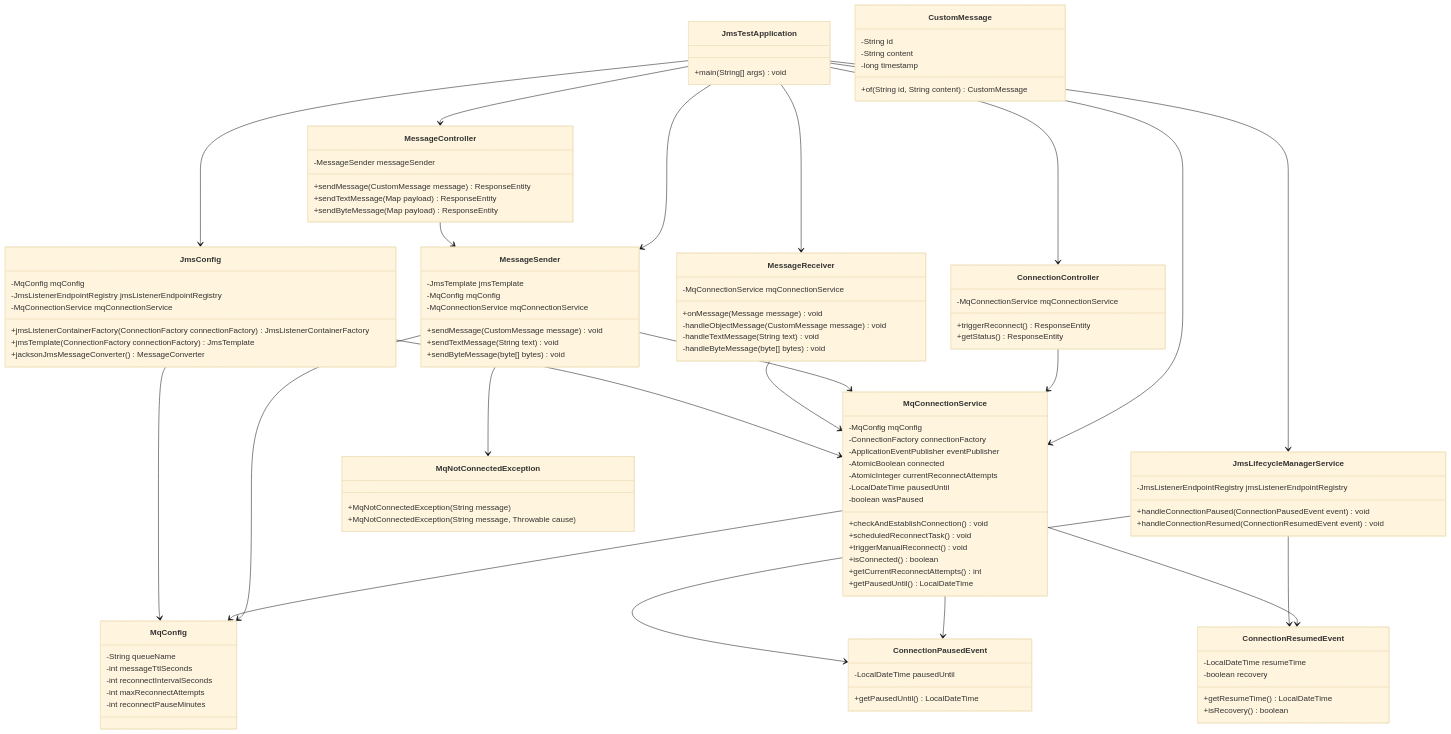
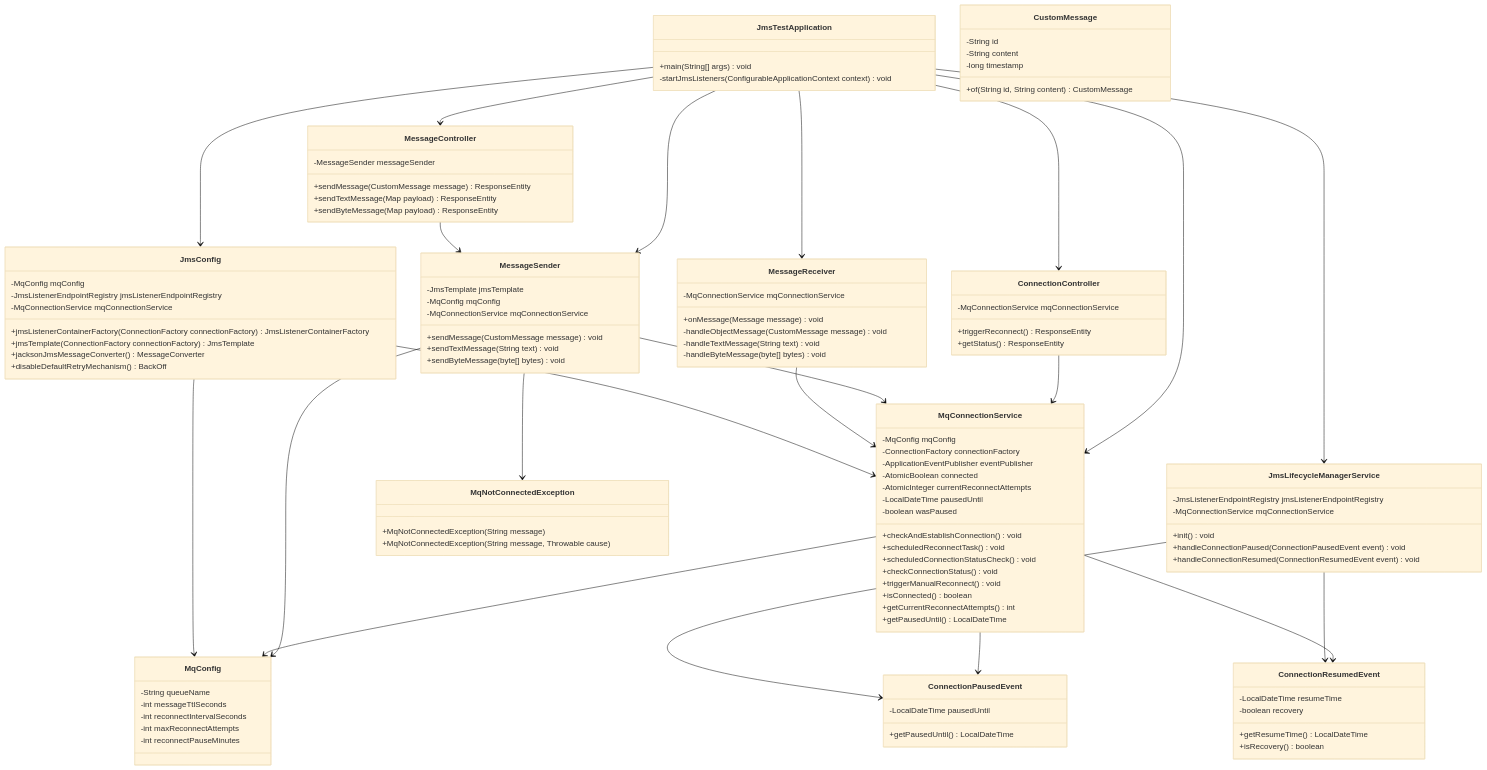
The fourth of 4 diagrams in spec.md (vancetang/jms-test), drawn with Mermaid (base theme) before and after one commit. The commit also changed other lines of this file and 9 other files, not shown here.

````diff
--- a/spec.md
+++ b/spec.md
@@ -205,21 +239,22 @@
 classDiagram
     class JmsTestApplication {
         +main(String[] args) void
+        -startJmsListeners(ConfigurableApplicationContext context) void
     }
-    
+
     class MessageController {
         -MessageSender messageSender
         +sendMessage(CustomMessage message) ResponseEntity
         +sendTextMessage(Map payload) ResponseEntity
         +sendByteMessage(Map payload) ResponseEntity
     }
-    
+
     class ConnectionController {
         -MqConnectionService mqConnectionService
         +triggerReconnect() ResponseEntity
         +getStatus() ResponseEntity
     }
-    
+
     class MessageSender {
         -JmsTemplate jmsTemplate
         -MqConfig mqConfig
@@ -228,7 +263,7 @@
         +sendTextMessage(String text) void
         +sendByteMessage(byte[] bytes) void
     }
-    
+
     class MessageReceiver {
         -MqConnectionService mqConnectionService
         +onMessage(Message message) void
@@ -236,7 +271,7 @@
         -handleTextMessage(String text) void
         -handleByteMessage(byte[] bytes) void
     }
-    
+
     class MqConnectionService {
         -MqConfig mqConfig
         -ConnectionFactory connectionFactory
@@ -247,18 +282,22 @@
         -boolean wasPaused
         +checkAndEstablishConnection() void
         +scheduledReconnectTask() void
+        +scheduledConnectionStatusCheck() void
+        +checkConnectionStatus() void
         +triggerManualReconnect() void
         +isConnected() boolean
         +getCurrentReconnectAttempts() int
         +getPausedUntil() LocalDateTime
     }
-    
+
     class JmsLifecycleManagerService {
         -JmsListenerEndpointRegistry jmsListenerEndpointRegistry
+        -MqConnectionService mqConnectionService
+        +init() void
         +handleConnectionPaused(ConnectionPausedEvent event) void
         +handleConnectionResumed(ConnectionResumedEvent event) void
     }
-    
+
     class JmsConfig {
         -MqConfig mqConfig
         -JmsListenerEndpointRegistry jmsListenerEndpointRegistry
@@ -266,8 +305,9 @@
         +jmsListenerContainerFactory(ConnectionFactory connectionFactory) JmsListenerContainerFactory
         +jmsTemplate(ConnectionFactory connectionFactory) JmsTemplate
         +jacksonJmsMessageConverter() MessageConverter
+        +disableDefaultRetryMechanism() BackOff
     }
-    
+
     class MqConfig {
         -String queueName
         -int messageTtlSeconds
@@ -275,31 +315,31 @@
         -int maxReconnectAttempts
         -int reconnectPauseMinutes
     }
-    
+
     class CustomMessage {
         -String id
         -String content
         -long timestamp
         +of(String id, String content) CustomMessage
     }
-    
+
     class ConnectionPausedEvent {
         -LocalDateTime pausedUntil
         +getPausedUntil() LocalDateTime
     }
-    
+
     class ConnectionResumedEvent {
         -LocalDateTime resumeTime
         -boolean recovery
         +getResumeTime() LocalDateTime
         +isRecovery() boolean
     }
-    
+
     class MqNotConnectedException {
         +MqNotConnectedException(String message)
         +MqNotConnectedException(String message, Throwable cause)
     }
-    
+
     JmsTestApplication --> MessageController
     JmsTestApplication --> ConnectionController
     JmsTestApplication --> MessageSender
@@ -307,24 +347,24 @@
     JmsTestApplication --> MqConnectionService
     JmsTestApplication --> JmsLifecycleManagerService
     JmsTestApplication --> JmsConfig
-    
+
     MessageController --> MessageSender
     ConnectionController --> MqConnectionService
-    
+
     MessageSender --> MqConnectionService
     MessageSender --> MqConfig
-    
+
     MessageReceiver --> MqConnectionService
-    
+
     MqConnectionService --> MqConfig
     MqConnectionService --> ConnectionPausedEvent
     MqConnectionService --> ConnectionResumedEvent
-    
+
     JmsLifecycleManagerService --> ConnectionPausedEvent
     JmsLifecycleManagerService --> ConnectionResumedEvent
-    
+
     JmsConfig --> MqConfig
     JmsConfig --> MqConnectionService
-    
+
     MessageSender --> MqNotConnectedException
 ```
````
